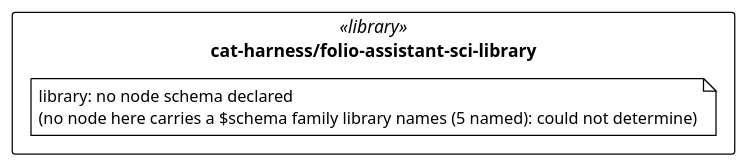
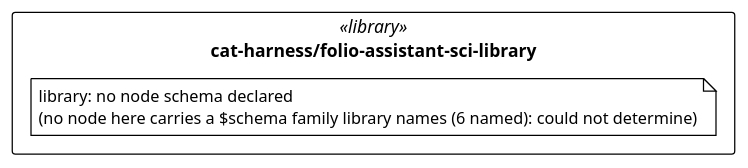
The diagram in cat-harness/uml/overview/cat-harness/folio-assistant-sci-library.puml (litlfred/folio-assistant), drawn with PlantUML before and after one commit. The commit also changed 47 other files, not shown here.

```diff
--- a/cat-harness/uml/overview/cat-harness/folio-assistant-sci-library.puml
+++ b/cat-harness/uml/overview/cat-harness/folio-assistant-sci-library.puml
@@ -3,13 +3,13 @@
 @startuml cat_harness_folio_assistant_sci_library
 !pragma layout elk
 !theme plain
 skinparam classAttributeIconSize 0
 skinparam shadowing false
 skinparam packageStyle rectangle
 hide empty methods
 
 package "cat-harness/folio-assistant-sci-library" as pkg_cat_harness_folio_assistant_sci_library <<library>> {
-  note "library: no node schema declared\n(no node here carries a $schema family library names (5 named): could not determine)" as n_cat_harness_folio_assistant_sci_library_library
+  note "library: no node schema declared\n(no node here carries a $schema family library names (6 named): could not determine)" as n_cat_harness_folio_assistant_sci_library_library
 }
 
 @enduml
```
